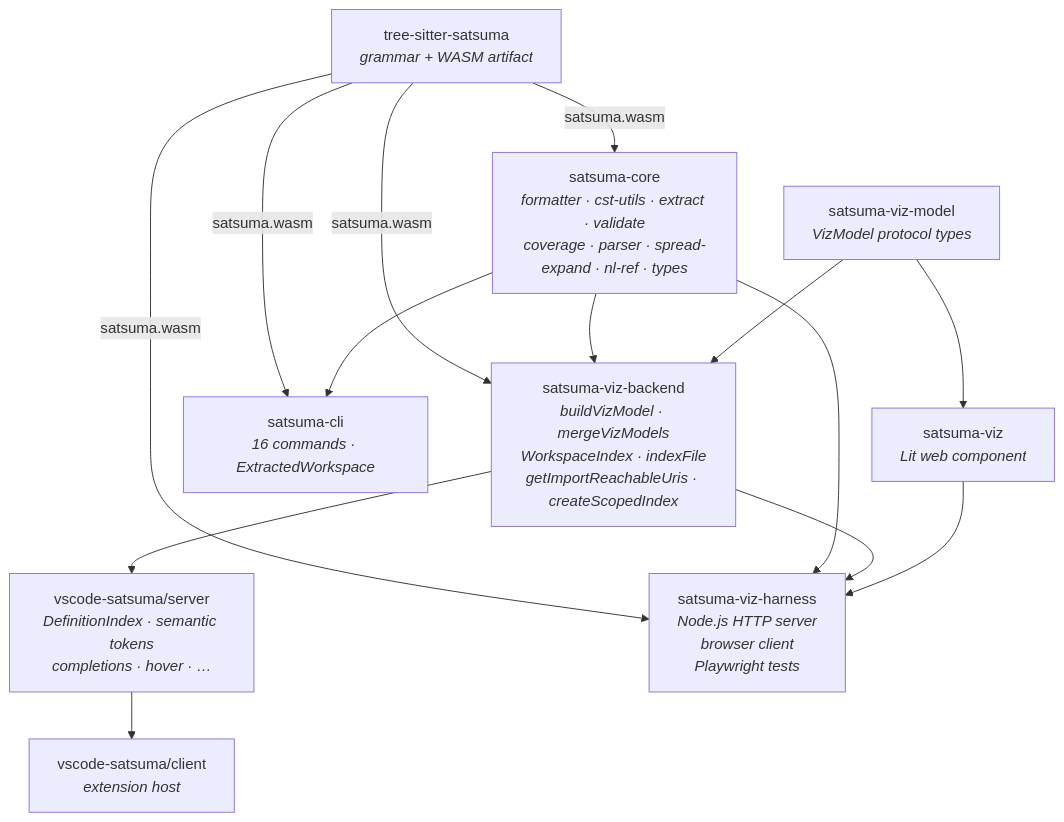
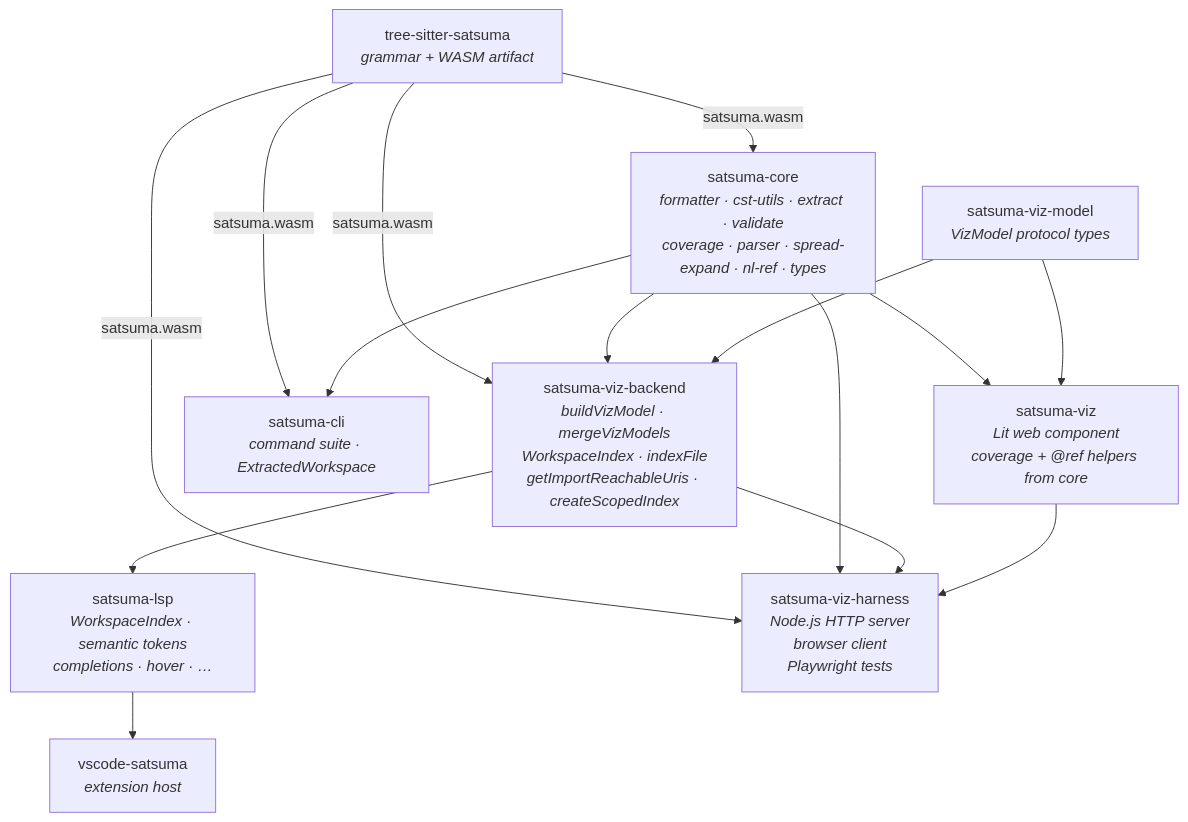
One commit to thorbenlouw/satsuma-lang changed the first of 6 diagrams in docs/developer/ARCHITECTURE.md. Above: the diagram before and after it, drawn with Mermaid. The commit also changed other lines of this file and 1 other file, not shown here.

````diff
--- a/docs/developer/ARCHITECTURE.md
+++ b/docs/developer/ARCHITECTURE.md
@@ -26,26 +27,27 @@
 ```mermaid
 graph TD
   TS[tree-sitter-satsuma<br/><i>grammar + WASM artifact</i>]
   CORE[satsuma-core<br/><i>formatter · cst-utils · extract · validate<br/>coverage · parser · spread-expand · nl-ref · types</i>]
   VIZM[satsuma-viz-model<br/><i>VizModel protocol types</i>]
   VIZB[satsuma-viz-backend<br/><i>buildVizModel · mergeVizModels<br/>WorkspaceIndex · indexFile<br/>getImportReachableUris · createScopedIndex</i>]
-  CLI[satsuma-cli<br/><i>16 commands · ExtractedWorkspace</i>]
-  LSP[vscode-satsuma/server<br/><i>DefinitionIndex · semantic tokens<br/>completions · hover · …</i>]
-  EXT[vscode-satsuma/client<br/><i>extension host</i>]
-  VIZ[satsuma-viz<br/><i>Lit web component</i>]
+  CLI[satsuma-cli<br/><i>command suite · ExtractedWorkspace</i>]
+  LSP[satsuma-lsp<br/><i>WorkspaceIndex · semantic tokens<br/>completions · hover · …</i>]
+  EXT[vscode-satsuma<br/><i>extension host</i>]
+  VIZ[satsuma-viz<br/><i>Lit web component<br/>coverage + @ref helpers from core</i>]
   HARNESS[satsuma-viz-harness<br/><i>Node.js HTTP server<br/>browser client<br/>Playwright tests</i>]
 
   TS -- "satsuma.wasm" --> CORE
   TS -- "satsuma.wasm" --> CLI
   TS -- "satsuma.wasm" --> VIZB
   TS -- "satsuma.wasm" --> HARNESS
   CORE --> CLI
   CORE --> VIZB
   CORE --> HARNESS
+  CORE --> VIZ
   VIZM --> VIZB
   VIZM --> VIZ
   VIZB --> LSP
   VIZB --> HARNESS
   VIZ --> HARNESS
   LSP --> EXT
 ```
````
